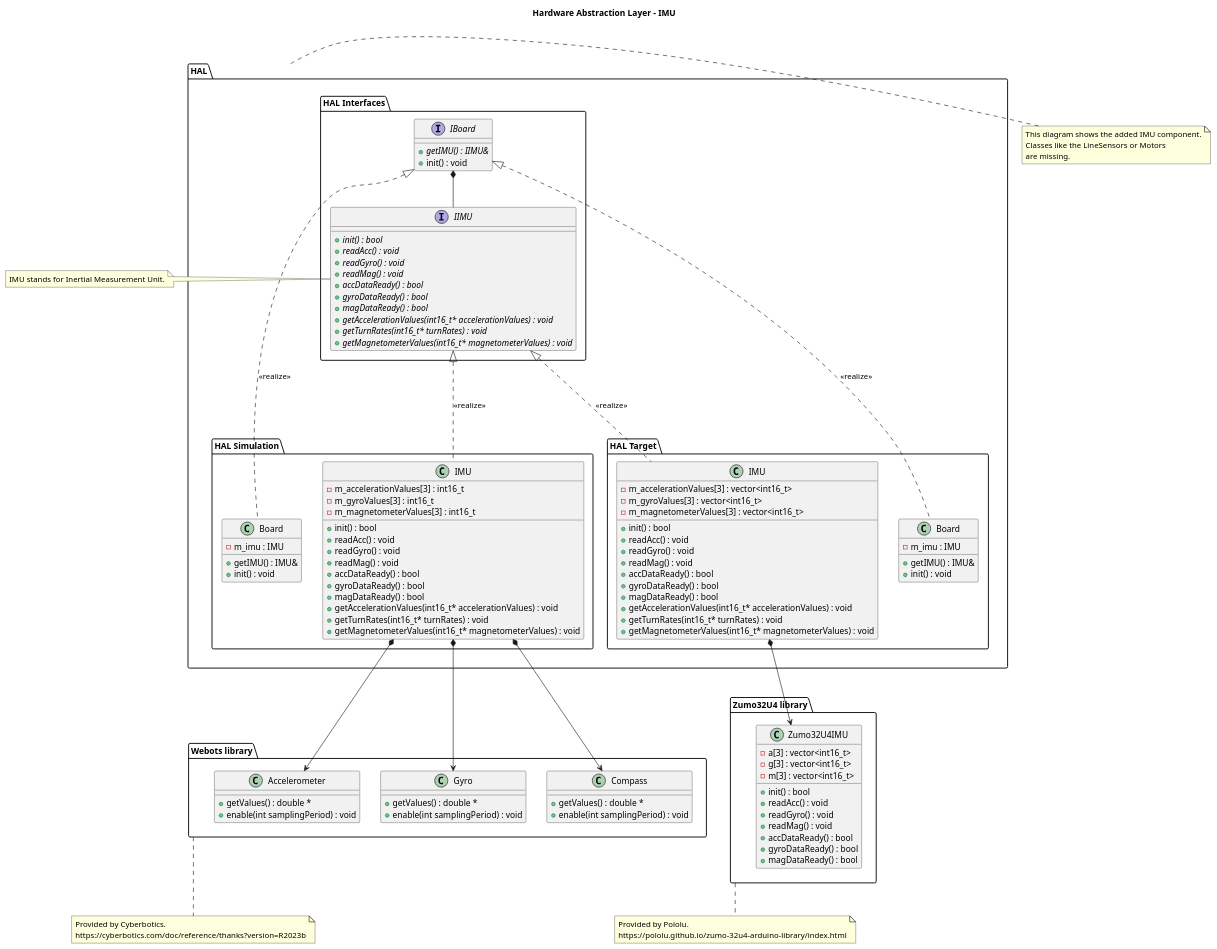
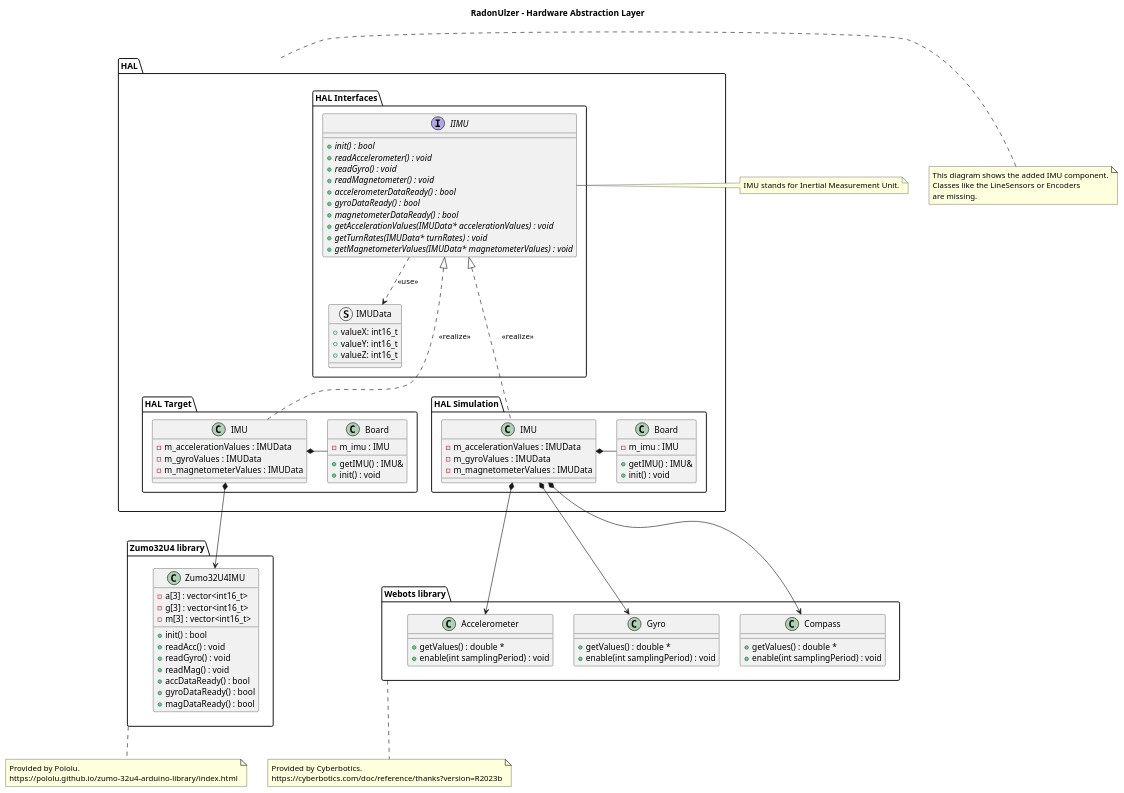
Before and after one commit to BlueAndi/RadonUlzer: the diagram in doc/architecture/uml/LogicalView/SensorFusion/HAL_IMU.puml, drawn with PlantUML. The commit also changed 2 other files, not shown here.

```diff
--- a/doc/architecture/uml/LogicalView/SensorFusion/HAL_IMU.puml
+++ b/doc/architecture/uml/LogicalView/SensorFusion/HAL_IMU.puml
@@ -1,139 +1,119 @@
-@startuml HAL IMU
+@startuml
 
-title Hardware Abstraction Layer - IMU
+title RadonUlzer - Hardware Abstraction Layer
 
 package "HAL" as hal {
 
     package "HAL Interfaces" as halInterfaces {
-        interface "IBoard" as iBoard {
-            + {abstract} getIMU() : IIMU&
-            + init() : void
-        }
         interface "IIMU" as iIMU {
             + {abstract} init() : bool
-            + {abstract} readAcc() : void
+            + {abstract} readAccelerometer() : void
             + {abstract} readGyro() : void
-            + {abstract} readMag() : void
-            + {abstract} accDataReady() : bool
+            + {abstract} readMagnetometer() : void
+            + {abstract} accelerometerDataReady() : bool
             + {abstract} gyroDataReady() : bool
-            + {abstract} magDataReady() : bool
-            + {abstract} getAccelerationValues(int16_t* accelerationValues) : void
-            + {abstract} getTurnRates(int16_t* turnRates) : void
-            + {abstract} getMagnetometerValues(int16_t* magnetometerValues) : void
+            + {abstract} magnetometerDataReady() : bool
+            + {abstract} getAccelerationValues(IMUData* accelerationValues) : void
+            + {abstract} getTurnRates(IMUData* turnRates) : void
+            + {abstract} getMagnetometerValues(IMUData* magnetometerValues) : void
 
+        }
+        struct IMUData {
+            + valueX: int16_t
+            + valueY: int16_t
+            + valueZ: int16_t
         }
     }
 
     package "HAL Simulation" as simulation {
         class "IMU" as ImuSim {
-            -  m_accelerationValues[3] : int16_t
-            -  m_gyroValues[3] : int16_t
-            -  m_magnetometerValues[3] : int16_t
-            +  init() : bool
-            +  readAcc() : void
-            +  readGyro() : void
-            +  readMag() : void
-            +  accDataReady() : bool
-            +  gyroDataReady() : bool
-            +  magDataReady() : bool
-            +  getAccelerationValues(int16_t* accelerationValues) : void
-            +  getTurnRates(int16_t* turnRates) : void
-            +  getMagnetometerValues(int16_t* magnetometerValues) : void
+            -  m_accelerationValues : IMUData
+            -  m_gyroValues : IMUData
+            -  m_magnetometerValues : IMUData
         }
         class "Board" as BoardSim {
             - m_imu : IMU
             + getIMU() : IMU&
             + init() : void
         }
     }
 
     package "HAL Target" as target {
         class "IMU" as ImuTarget {
-            -  m_accelerationValues[3] : vector<int16_t> 
-            -  m_gyroValues[3] : vector<int16_t> 
-            -  m_magnetometerValues[3] : vector<int16_t> 
-            +  init() : bool
-            +  readAcc() : void
-            +  readGyro() : void
-            +  readMag() : void
-            +  accDataReady() : bool
-            +  gyroDataReady() : bool
-            +  magDataReady() : bool
-            +  getAccelerationValues(int16_t* accelerationValues) : void
-            +  getTurnRates(int16_t* turnRates) : void
-            +  getMagnetometerValues(int16_t* magnetometerValues) : void
+            -  m_accelerationValues : IMUData
+            -  m_gyroValues : IMUData
+            -  m_magnetometerValues : IMUData
         }
         class "Board" as BoardTarget{
             - m_imu : IMU
             + getIMU() : IMU&
             + init() : void
         }
     }
-    }
+
+    iIMU ..> IMUData: <<use>>
     iIMU <|... ImuSim: <<realize>>
-    iBoard <|... BoardSim: <<realize>>
-    iBoard *-- iIMU
+    ImuTarget *- BoardTarget
+    ImuSim *- BoardSim
 
     iIMU <|... ImuTarget: <<realize>>
-    iBoard <|... BoardTarget: <<realize>>
-
-
+}
 package "Webots library"  as webotsLib {
     class Accelerometer {
         + getValues() : double *
         + enable(int samplingPeriod) : void
     }
     class Gyro {
         + getValues() : double *
         + enable(int samplingPeriod) : void
     }
     class Compass {
         + getValues() : double *
         + enable(int samplingPeriod) : void
     }
 }
 
 package "Zumo32U4 library"  as zumo32u4Lib {
 
     class Zumo32U4IMU {
         -  a[3] : vector<int16_t> 
         -  g[3] : vector<int16_t> 
         -  m[3] : vector<int16_t> 
         +  init() : bool
         +  readAcc() : void
         +  readGyro() : void
         +  readMag() : void
         +  accDataReady() : bool
         +  gyroDataReady() : bool
         +  magDataReady() : bool
     }
 }
 
 note bottom of zumo32u4Lib
     Provided by Pololu.
     https://pololu.github.io/zumo-32u4-arduino-library/index.html
 end note
 
 note bottom of webotsLib
     Provided by Cyberbotics.
     https://cyberbotics.com/doc/reference/thanks?version=R2023b
 end note
 
 ImuTarget *--> Zumo32U4IMU
 
 ImuSim *--> Accelerometer
 ImuSim *--> Gyro
 ImuSim *--> Compass
 
-note left of iIMU
+note right of iIMU
     IMU stands for Inertial Measurement Unit.
 end note
 
 note left of hal
     This diagram shows the added IMU component.
-    Classes like the LineSensors or Motors
+    Classes like the LineSensors or Encoders
     are missing.
 end note
 
 
 @enduml
```
